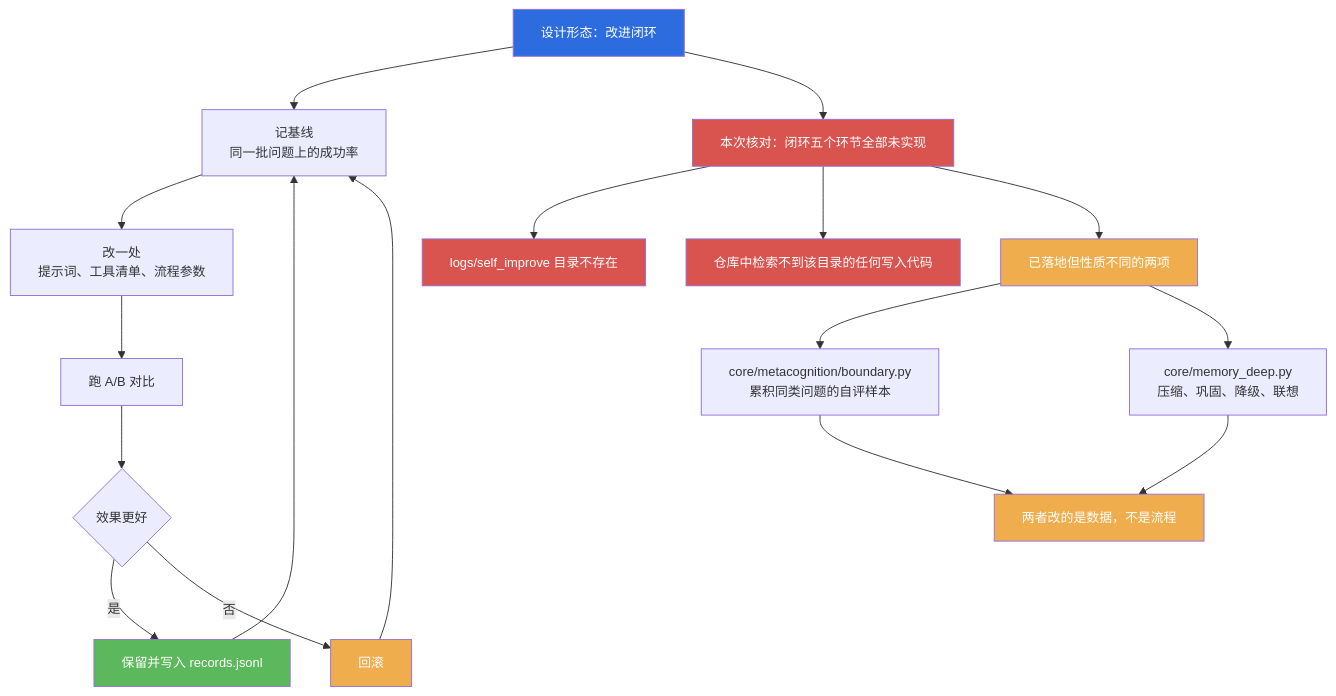
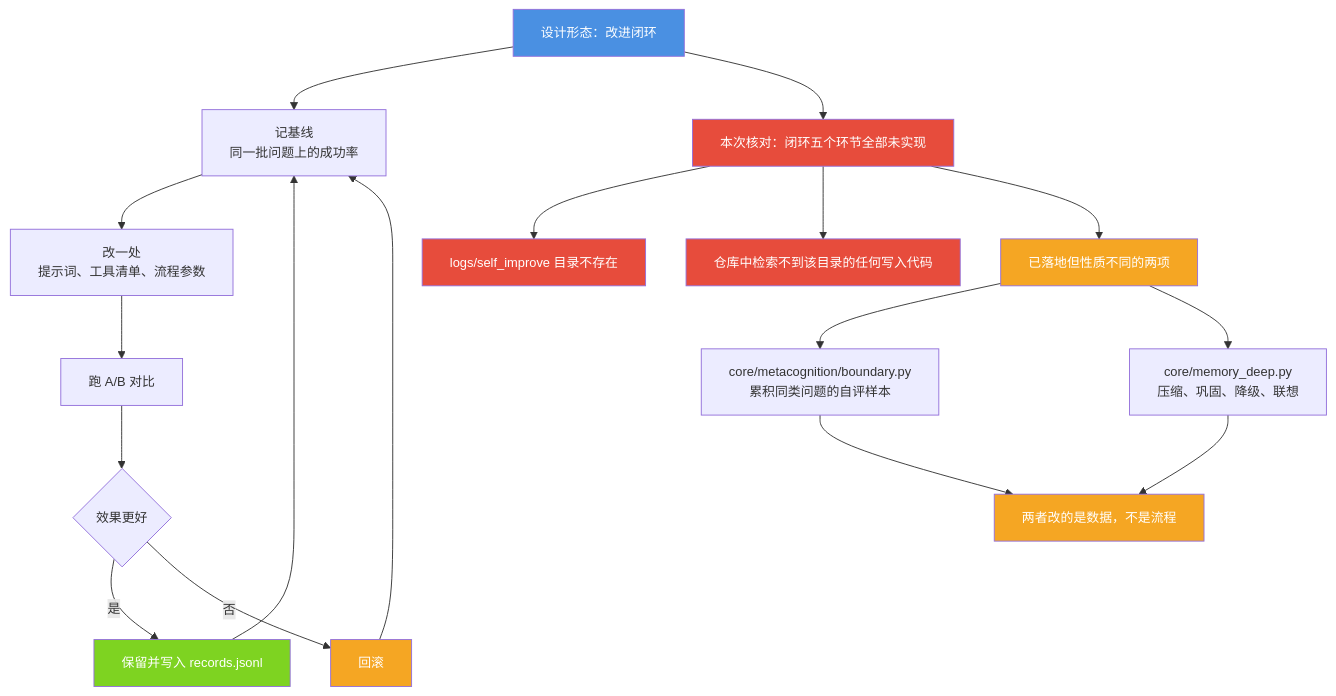
Before and after one commit to jiangchuangege/xiaojiao-harnees: the fourth of 9 diagrams in docs/modules/11-post-chapters.md, drawn with Mermaid. The commit also changed other lines of this file and 32 other files, not shown here.

Commit message:
统一：全仓原理图配色到一套调色板 + 给 12 张灰图补色 + 修正自己会睡那张过期图

````diff
--- a/docs/modules/11-post-chapters.md
+++ b/docs/modules/11-post-chapters.md
@@ -535,32 +535,32 @@
 ```mermaid
 %%{init: {"themeVariables": {"fontSize": "14px"}, "flowchart": {"htmlLabels": true, "wrappingWidth": 330, "nodeSpacing": 44, "rankSpacing": 58, "useMaxWidth": true}}}%%
 flowchart TB
     DES["设计形态：改进闭环"]
     DES --> B1["记基线<br/>同一批问题上的成功率"]
     B1 --> B2["改一处<br/>提示词、工具清单、流程参数"]
     B2 --> B3["跑 A/B 对比"]
     B3 --> B4{"效果更好"}
     B4 -->|"是"| B5["保留并写入 records.jsonl"]
     B4 -->|"否"| B6["回滚"]
     B5 --> B1
     B6 --> B1
 
     DES --> REAL["本次核对：闭环五个环节全部未实现"]
     REAL --> R1["logs/self_improve 目录不存在"]
     REAL --> R2["仓库中检索不到该目录的任何写入代码"]
 
     REAL --> ALT["已落地但性质不同的两项"]
     ALT --> A1["core/metacognition/boundary.py<br/>累积同类问题的自评样本"]
     ALT --> A2["core/memory_deep.py<br/>压缩、巩固、降级、联想"]
     A1 --> NOTE["两者改的是数据，不是流程"]
     A2 --> NOTE
 
-    style DES fill:#2d6cdf,color:#fff
-    style B5 fill:#5cb85c,color:#fff
-    style B6 fill:#f0ad4e,color:#fff
-    style REAL fill:#d9534f,color:#fff
-    style R1 fill:#d9534f,color:#fff
-    style R2 fill:#d9534f,color:#fff
-    style ALT fill:#f0ad4e,color:#fff
-    style NOTE fill:#f0ad4e,color:#fff
+    style DES fill:#4A90E2,color:#fff
+    style B5 fill:#7ED321,color:#fff
+    style B6 fill:#F5A623,color:#fff
+    style REAL fill:#E74C3C,color:#fff
+    style R1 fill:#E74C3C,color:#fff
+    style R2 fill:#E74C3C,color:#fff
+    style ALT fill:#F5A623,color:#fff
+    style NOTE fill:#F5A623,color:#fff
 ```
````
